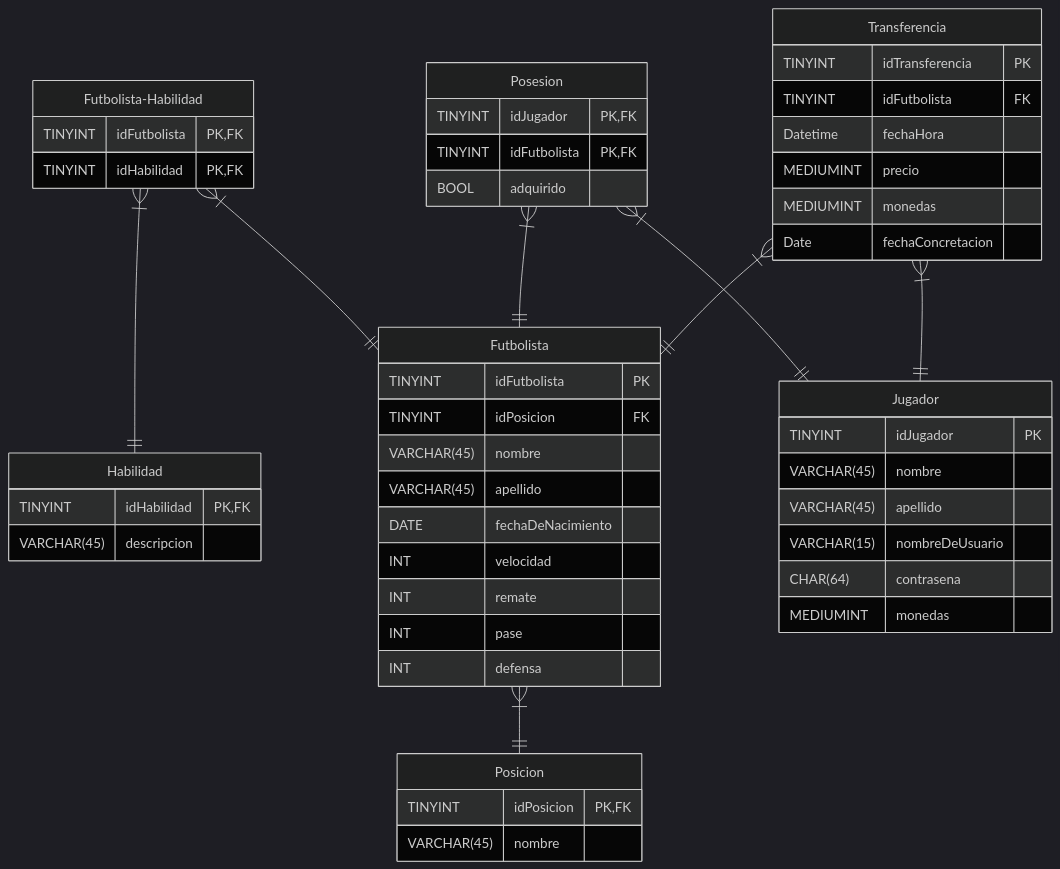
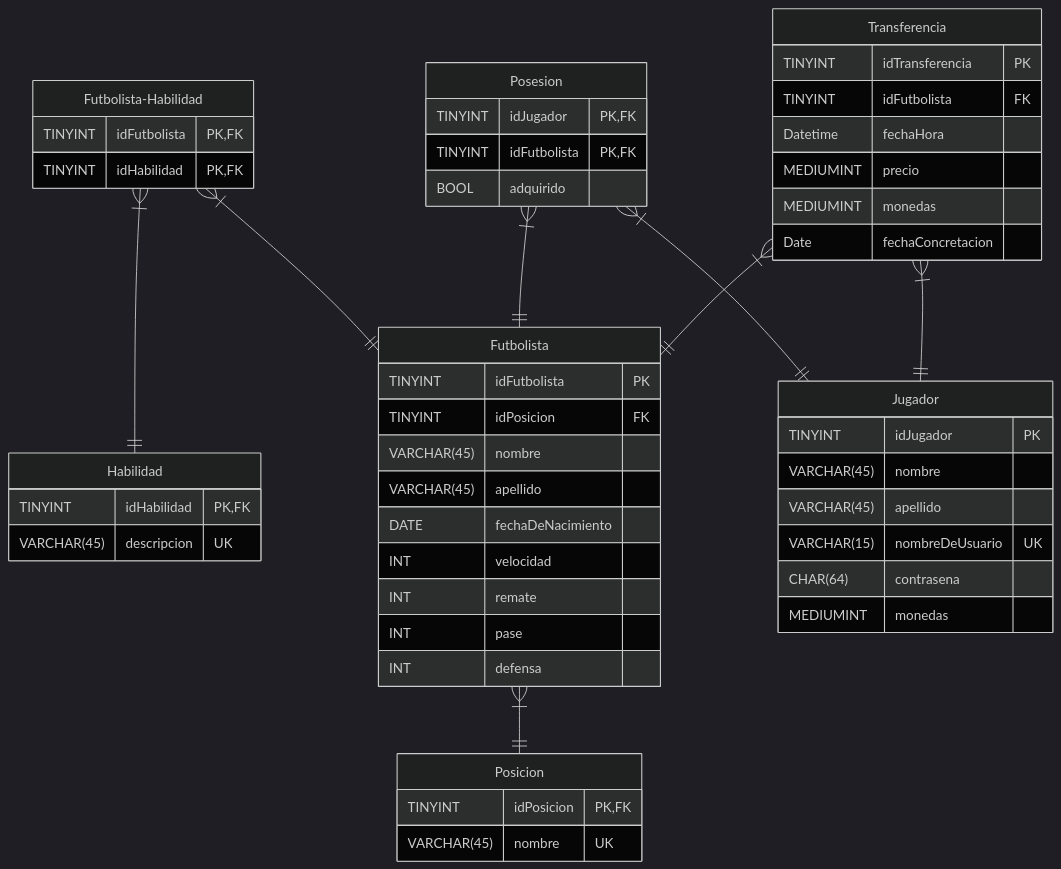
Before and after one commit to Lucardioo/Fifa-Tp-Anual-5to-8va: the diagram in docs/DER.md, drawn with Mermaid (dark theme).

````diff
--- a/docs/DER.md
+++ b/docs/DER.md
@@ -1,67 +1,67 @@
 ```mermaid
 erDiagram
 
     Posicion{
         TINYINT     idPosicion PK,FK
-        VARCHAR(45) nombre     
+        VARCHAR(45) nombre UK     
     }
 
     Habilidad{
         TINYINT     idHabilidad PK,FK
-        VARCHAR(45) descripcion
+        VARCHAR(45) descripcion UK
     }
 
     Futbolista-Habilidad{
         TINYINT     idFutbolista PK, FK
         TINYINT     idHabilidad PK, FK
     }
          Futbolista-Habilidad }|--|| Habilidad : ""
         Futbolista-Habilidad }|--|| Futbolista : ""
 
     Futbolista{
         TINYINT     idFutbolista  PK
         TINYINT     idPosicion      FK
         VARCHAR(45) nombre 
         VARCHAR(45) apellido            
         DATE        fechaDeNacimiento    
         INT         velocidad        
         INT         remate              
         INT         pase                 
         INT         defensa              
     }
         Futbolista }|--|| Posicion  : "" 
        
         
 
    
     Jugador{
         TINYINT     idJugador  PK
         VARCHAR(45) nombre
         VARCHAR(45) apellido
-        VARCHAR(15) nombreDeUsuario
+        VARCHAR(15) nombreDeUsuario UK
         CHAR(64)    contrasena
         MEDIUMINT   monedas
     }
 
     Posesion{
         TINYINT     idJugador   PK,FK
         TINYINT     idFutbolista  PK,FK
         BOOL        adquirido
     }
     Posesion }|--|| Jugador  : ""
     Posesion }|--|| Futbolista : ""
     
     
 
     Transferencia{
         TINYINT     idTransferencia PK
         TINYINT     idFutbolista FK
         Datetime    fechaHora
         MEDIUMINT   precio
         MEDIUMINT   monedas
         Date     fechaConcretacion 
     }
         Transferencia}|--|| Jugador : ""
         Transferencia }|--|| Futbolista : ""
 
 ```
````
